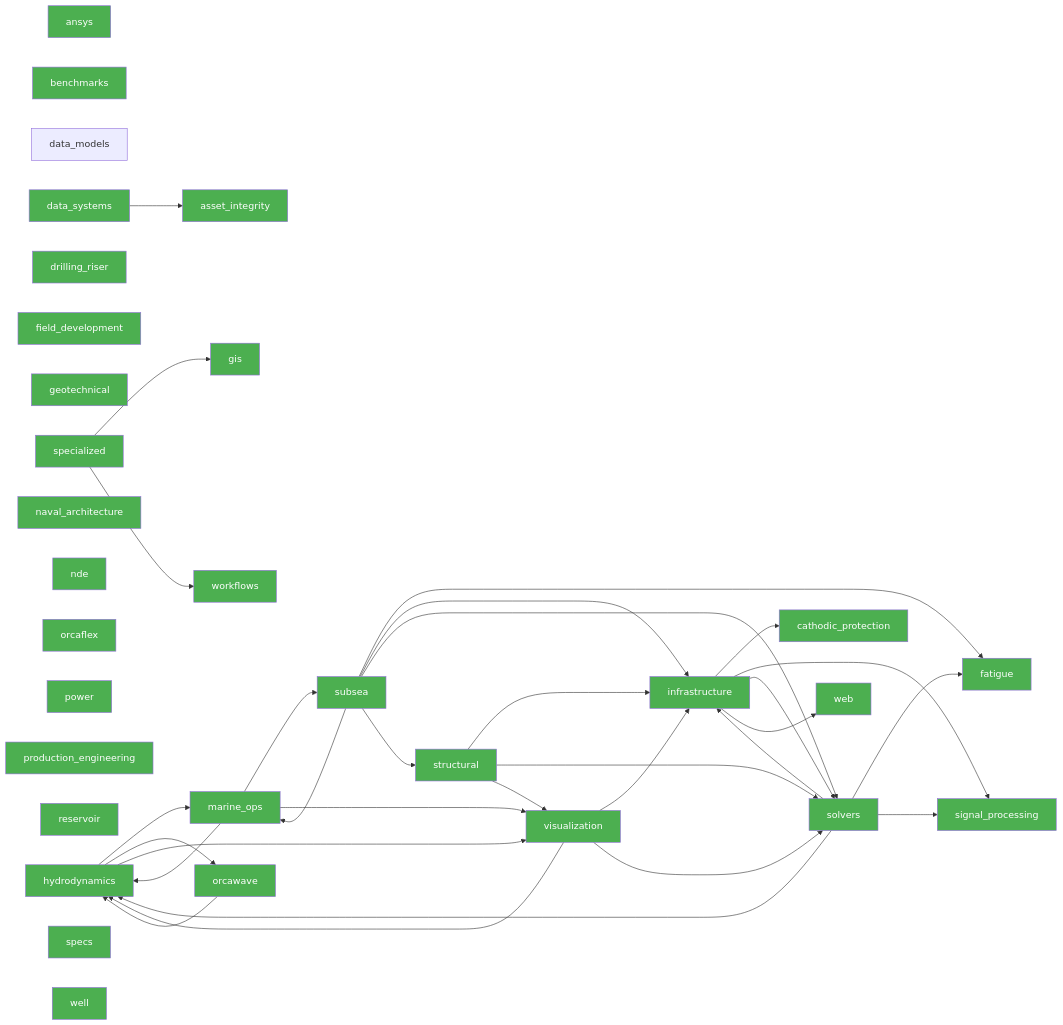
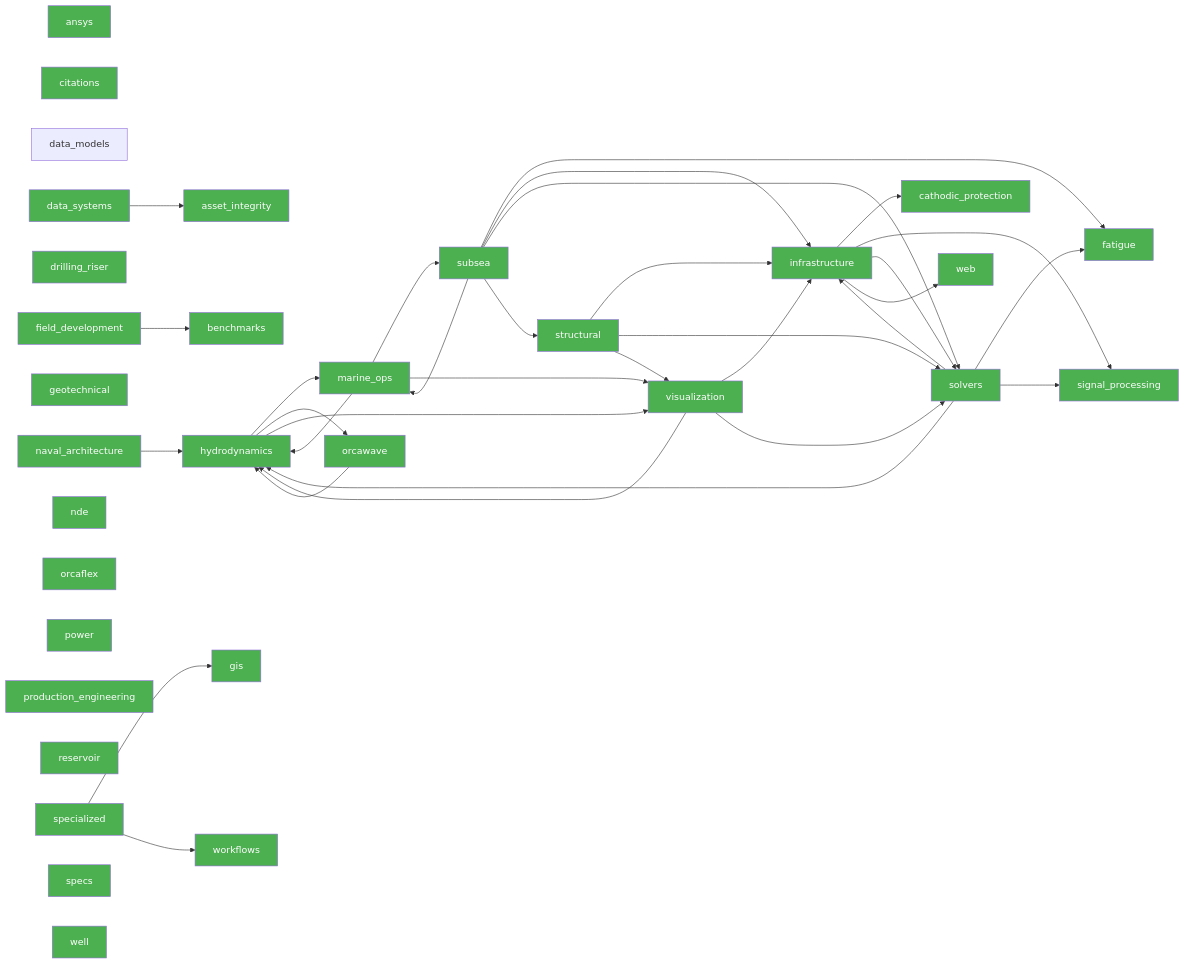
The diagram in docs/architecture/api-surface-map.md (vamseeachanta/workspace-hub), drawn with Mermaid before and after one commit. The commit also changed other lines of this file and 3 other files, not shown here.

Commit message:
chore: weekly architecture scan report

```diff
--- a/docs/architecture/api-surface-map.md
+++ b/docs/architecture/api-surface-map.md
@@ -220,6 +226,8 @@
     style benchmarks fill:#4CAF50,color:#fff
     cathodic_protection["cathodic_protection"]
     style cathodic_protection fill:#4CAF50,color:#fff
+    citations["citations"]
+    style citations fill:#4CAF50,color:#fff
     data_models["data_models"]
     data_systems["data_systems"]
     style data_systems fill:#4CAF50,color:#fff
@@ -274,6 +282,7 @@
     workflows["workflows"]
     style workflows fill:#4CAF50,color:#fff
     data_systems --> asset_integrity
+    field_development --> benchmarks
     hydrodynamics --> marine_ops
     hydrodynamics --> orcawave
     hydrodynamics --> visualization
@@ -284,6 +293,7 @@
     marine_ops --> hydrodynamics
     marine_ops --> subsea
     marine_ops --> visualization
+    naval_architecture --> hydrodynamics
     orcawave --> hydrodynamics
     solvers --> fatigue
     solvers --> hydrodynamics
```
